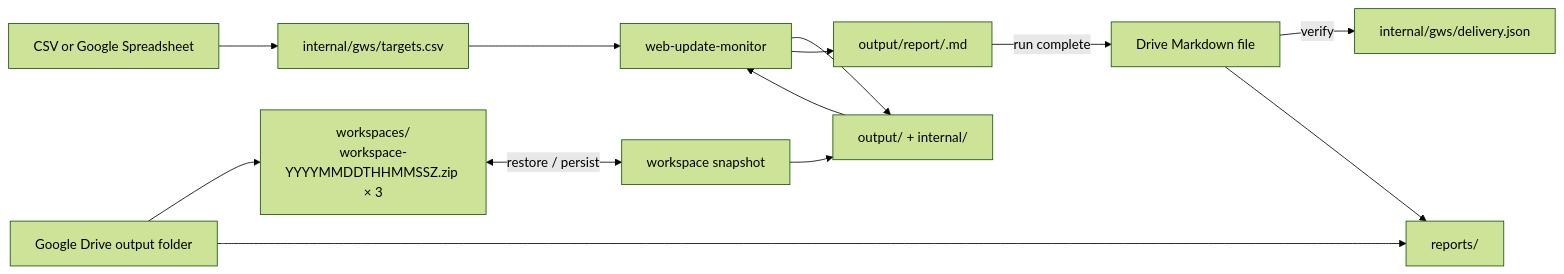
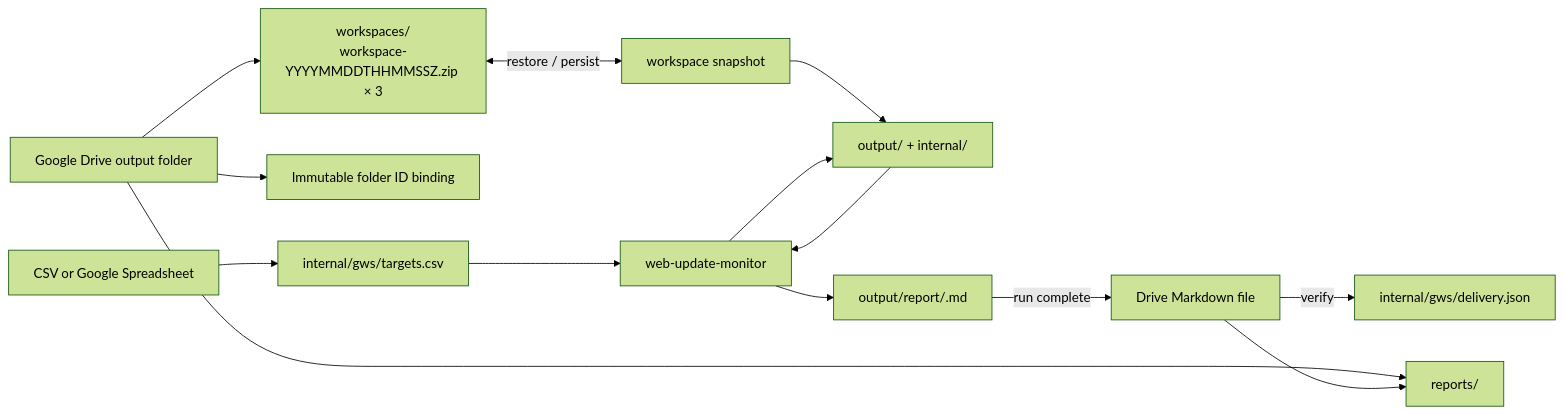
The first of 2 diagrams in README.md (dceoy/wsum), drawn with Mermaid (forest theme) before and after one commit. The commit also changed other lines of this file, not shown here.

Commit message:
docs: explain parent binding and CSV checksum safeguards

````diff
--- a/README.md
+++ b/README.md
@@ -23,15 +23,16 @@
 ```mermaid
 flowchart LR
     GS["CSV or Google Spreadsheet"] --> CSV["internal/gws/targets.csv"]
-    DP["Google Drive output folder"] --> DS["workspaces/<br/>workspace-YYYYMMDDTHHMMSSZ.zip × 3"]
+    DP["Google Drive output folder"] --> B["Immutable folder ID binding"]
+    DP --> DS["workspaces/<br/>workspace-YYYYMMDDTHHMMSSZ.zip × 3"]
     DP --> DR["reports/"]
     DS <-->|restore / persist| WS["workspace snapshot"]
     WS --> WORKSPACE["output/ + internal/"]
     CSV --> CORE["web-update-monitor"]
     WORKSPACE --> CORE
     CORE --> WORKSPACE
     CORE --> REPORT["output/report/<run-id>.md"]
     REPORT -->|run complete| GMD["Drive Markdown file"]
     GMD -->|verify| DELIVERY["internal/gws/delivery.json"]
     GMD --> DR
 ```
````
